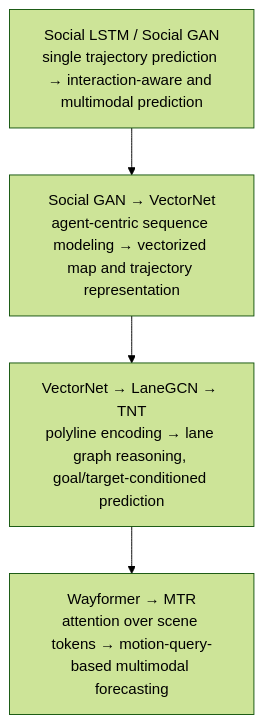
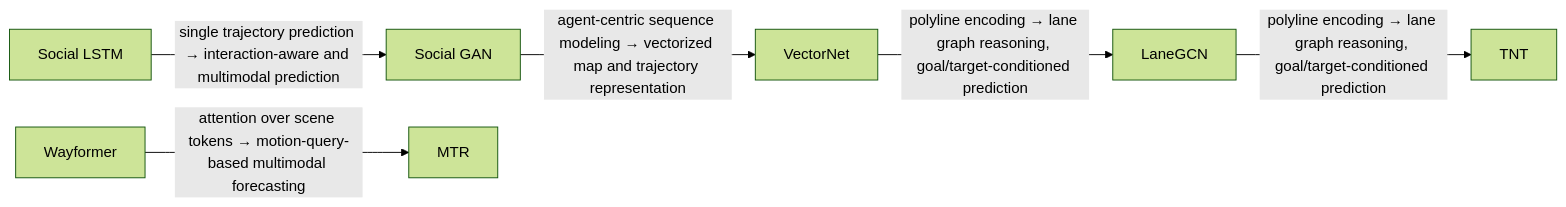
One commit to SechanOh/awesome-multimodal-perception changed the ninth of 15 diagrams in README.md. Above: the diagram before and after it, drawn with Mermaid (forest theme). The commit also changed other lines of this file, not shown here.

Commit message:
Refine field evolution diagrams

````diff
--- a/README.md
+++ b/README.md
@@ -368,8 +414,15 @@
 ```mermaid
-flowchart TD
-    step1["Social LSTM / Social GAN<br/>single trajectory prediction → interaction-aware and multimodal prediction"]
-    step2["Social GAN → VectorNet<br/>agent-centric sequence modeling → vectorized map and trajectory representation"]
-    step3["VectorNet → LaneGCN → TNT<br/>polyline encoding → lane graph reasoning, goal/target-conditioned prediction"]
-    step4["Wayformer → MTR<br/>attention over scene tokens → motion-query-based multimodal forecasting"]
-    step1 --> step2 --> step3 --> step4
+flowchart LR
+    s8n1["Social LSTM"]
+    s8n2["Social GAN"]
+    s8n3["VectorNet"]
+    s8n4["LaneGCN"]
+    s8n5["TNT"]
+    s8n6["Wayformer"]
+    s8n7["MTR"]
+    s8n1 -->|"single trajectory prediction → interaction-aware and multimodal prediction"| s8n2
+    s8n2 -->|"agent-centric sequence modeling → vectorized map and trajectory representation"| s8n3
+    s8n3 -->|"polyline encoding → lane graph reasoning, goal/target-conditioned prediction"| s8n4
+    s8n4 -->|"polyline encoding → lane graph reasoning, goal/target-conditioned prediction"| s8n5
+    s8n6 -->|"attention over scene tokens → motion-query-based multimodal forecasting"| s8n7
 ```
````
